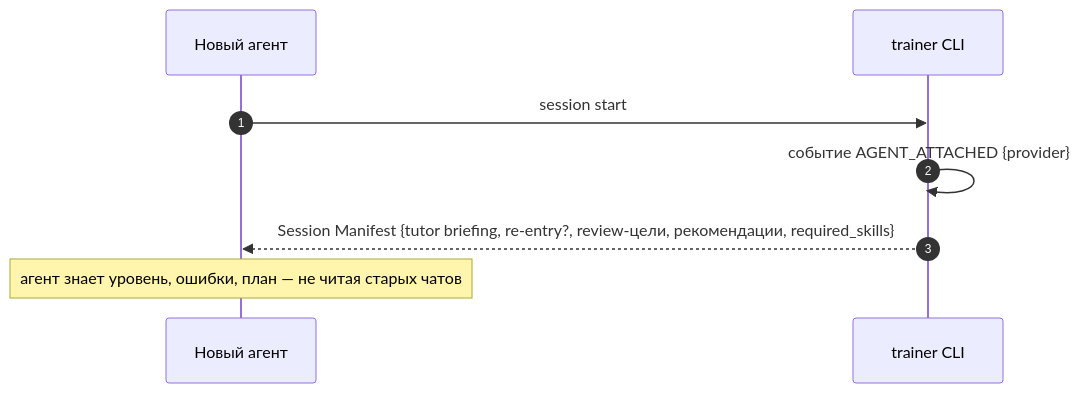
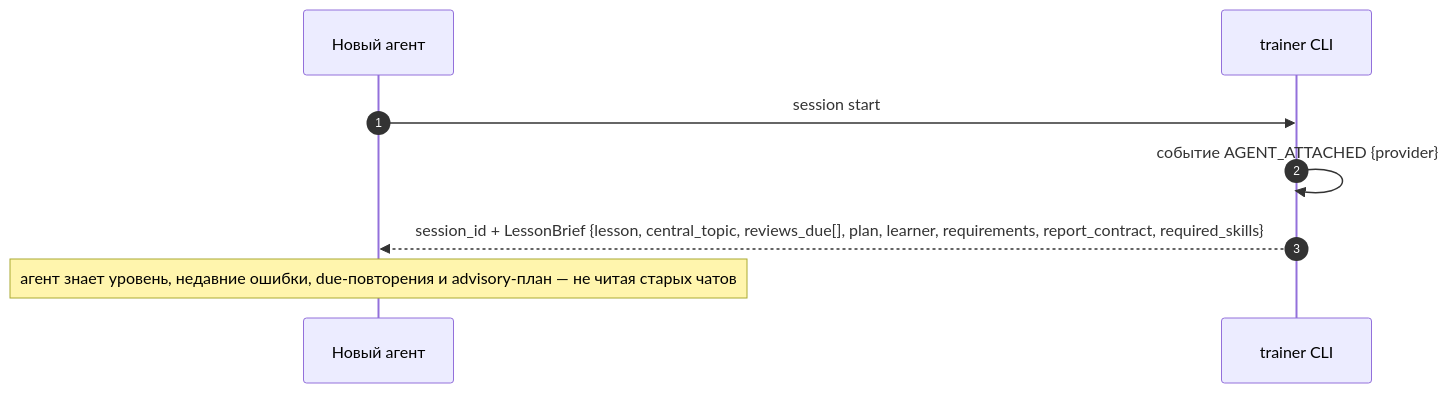
Before and after one commit to alexmaralless-bit/english-memory-trainer: the second of 2 diagrams in wiki/flows/continuation.md, drawn with Mermaid. The commit also changed other lines of this file and 539 other files, not shown here.

````diff
--- a/wiki/flows/continuation.md
+++ b/wiki/flows/continuation.md
@@ -51,11 +52,11 @@
 ```mermaid
 sequenceDiagram
     autonumber
     participant A2 as Новый агент
     participant T as trainer CLI
 
     A2->>T: session start
     T->>T: событие AGENT_ATTACHED {provider}
-    T-->>A2: Session Manifest {tutor briefing, re-entry?, review-цели, рекомендации, required_skills}
-    Note over A2: агент знает уровень, ошибки, план — не читая старых чатов
+    T-->>A2: session_id + LessonBrief {lesson, central_topic, reviews_due[], plan, learner, requirements, report_contract, required_skills}
+    Note over A2: агент знает уровень, недавние ошибки, due-повторения и advisory-план — не читая старых чатов
 ```
````
